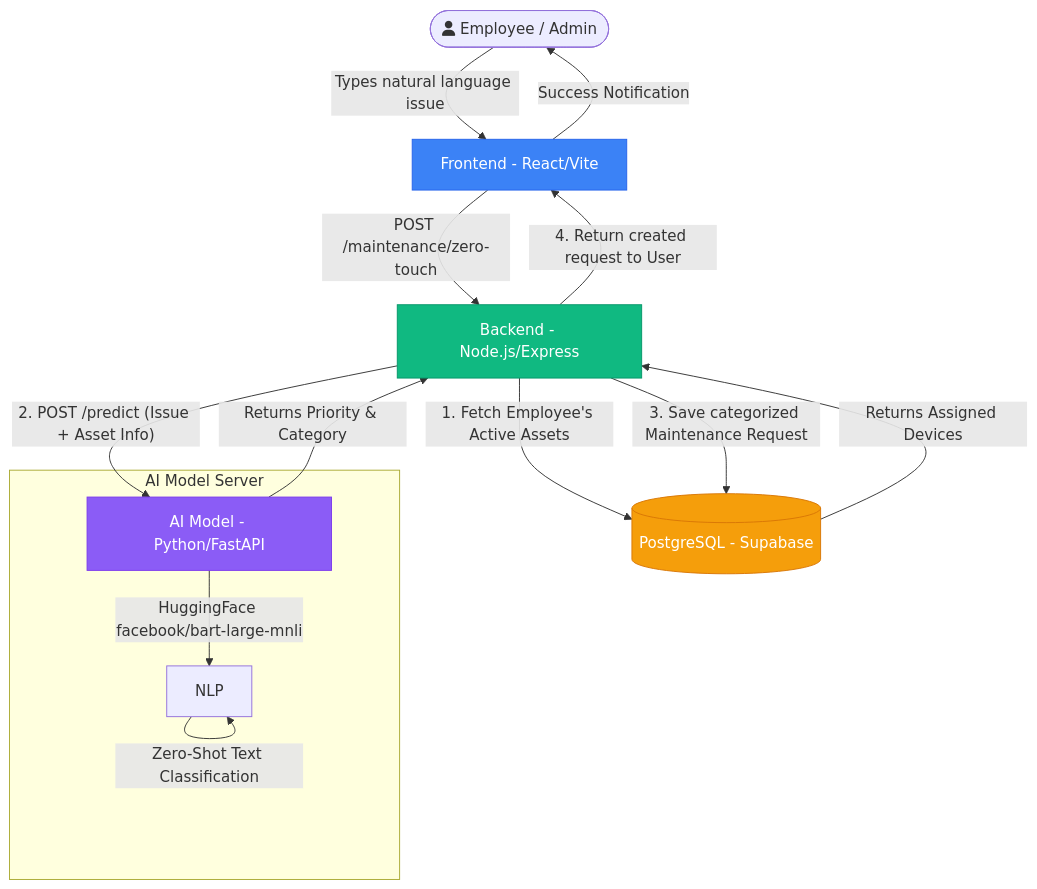
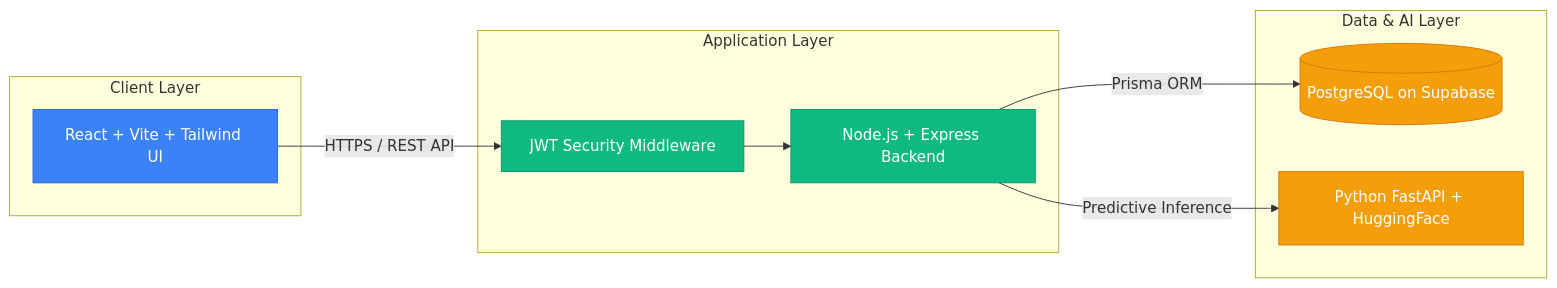
One commit to J-YATHISH/Odoo_2026_J-Yathish changed the first of 3 diagrams in README.md. Above: the diagram before and after it, drawn with Mermaid. The commit also changed other lines of this file, not shown here.

Commit message:
docs: restructure architecture diagrams for readability

````diff
--- a/README.md
+++ b/README.md
@@ -14,39 +14,29 @@
 ```mermaid
-flowchart TD
-    %% Define Nodes
-    User([fa:fa-user Employee / Admin])
-    Frontend[Frontend - React/Vite]
-    Backend[Backend - Node.js/Express]
-    DB[(PostgreSQL - Supabase)]
-    AI[AI Model - Python/FastAPI]
-    
-    %% Flow
-    User -- "Types natural language issue" --> Frontend
-    Frontend -- "POST /maintenance/zero-touch" --> Backend
-    
-    Backend -- "1. Fetch Employee's Active Assets" --> DB
-    DB -- "Returns Assigned Devices" --> Backend
-    
-    Backend -- "2. POST /predict (Issue + Asset Info)" --> AI
-    
-    subgraph AI Model Server
-        AI -- "HuggingFace facebook/bart-large-mnli" --> NLP
-        NLP -- "Zero-Shot Text Classification" --> NLP
+flowchart LR
+    subgraph Client Layer
+        Web[React + Vite + Tailwind UI]
     end
     
-    AI -- "Returns Priority & Category" --> Backend
+    subgraph Application Layer
+        API[Node.js + Express Backend]
+        Auth[JWT Security Middleware]
+        Auth --> API
+    end
     
-    Backend -- "3. Save categorized Maintenance Request" --> DB
-    Backend -- "4. Return created request to User" --> Frontend
-    Frontend -- "Success Notification" --> User
-
+    subgraph Data & AI Layer
+        DB[(PostgreSQL on Supabase)]
+        AI[Python FastAPI + HuggingFace]
+    end
+    
+    Web -- "HTTPS / REST API" --> Auth
+    API -- "Prisma ORM" --> DB
+    API -- "Predictive Inference" --> AI
+    
     classDef client fill:#3b82f6,stroke:#2563eb,color:#fff;
     classDef server fill:#10b981,stroke:#059669,color:#fff;
-    classDef db fill:#f59e0b,stroke:#d97706,color:#fff;
-    classDef ai fill:#8b5cf6,stroke:#7c3aed,color:#fff;
+    classDef data fill:#f59e0b,stroke:#d97706,color:#fff;
     
-    class Frontend client;
-    class Backend server;
-    class DB db;
-    class AI ai;
+    class Web client;
+    class API,Auth server;
+    class DB,AI data;
 ```
````
